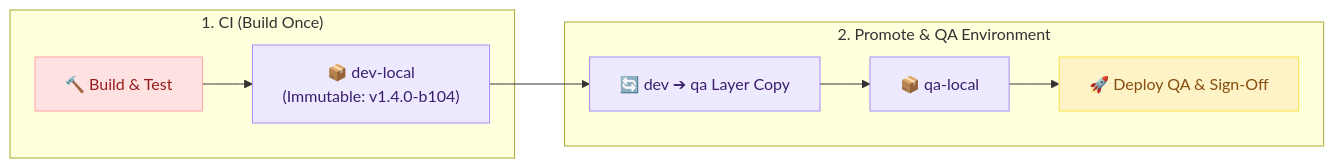
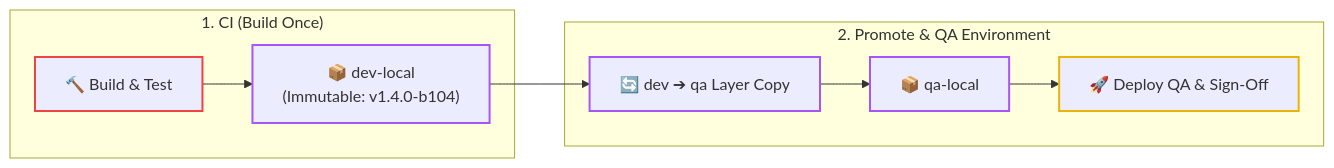
One commit to devopspilot1/devopspilot1.github.io changed the first of 2 diagrams in docs/devops-responsibilities/paypulse-technologies/index.md. Above: the diagram before and after it, drawn with Mermaid. The commit also changed other lines of this file and 22 other files, not shown here.

Commit message:
feat: add SVG brand icons, initialize Mermaid, and update UI styling and layouts

````diff
--- a/docs/devops-responsibilities/paypulse-technologies/index.md
+++ b/docs/devops-responsibilities/paypulse-technologies/index.md
@@ -453,16 +453,16 @@
 ```mermaid
 graph LR
-    classDef dev fill:#fee2e2,stroke:#fca5a5,color:#991b1b
-    classDef qa fill:#fef3c7,stroke:#fde047,color:#854d0e
-    classDef artifactory fill:#ede9fe,stroke:#a78bfa,color:#3b1f6e
+    classDef dev stroke:#ef4444,stroke-width:2px
+    classDef qa stroke:#eab308,stroke-width:2px
+    classDef artifactory stroke:#a855f7,stroke-width:2px
 
     subgraph CI["1. CI (Build Once)"]
         B["🔨 Build & Test"]:::dev --> DEV["📦 dev-local<br/>(Immutable: v1.4.0-b104)"]:::artifactory
     end
 
     subgraph QA["2. Promote & QA Environment"]
         P_QA["🔄 dev ➔ qa Layer Copy"]:::artifactory --> QA_R["📦 qa-local"]:::artifactory --> D_QA["🚀 Deploy QA & Sign-Off"]:::qa
     end
 
     DEV --> P_QA
 ```
````
